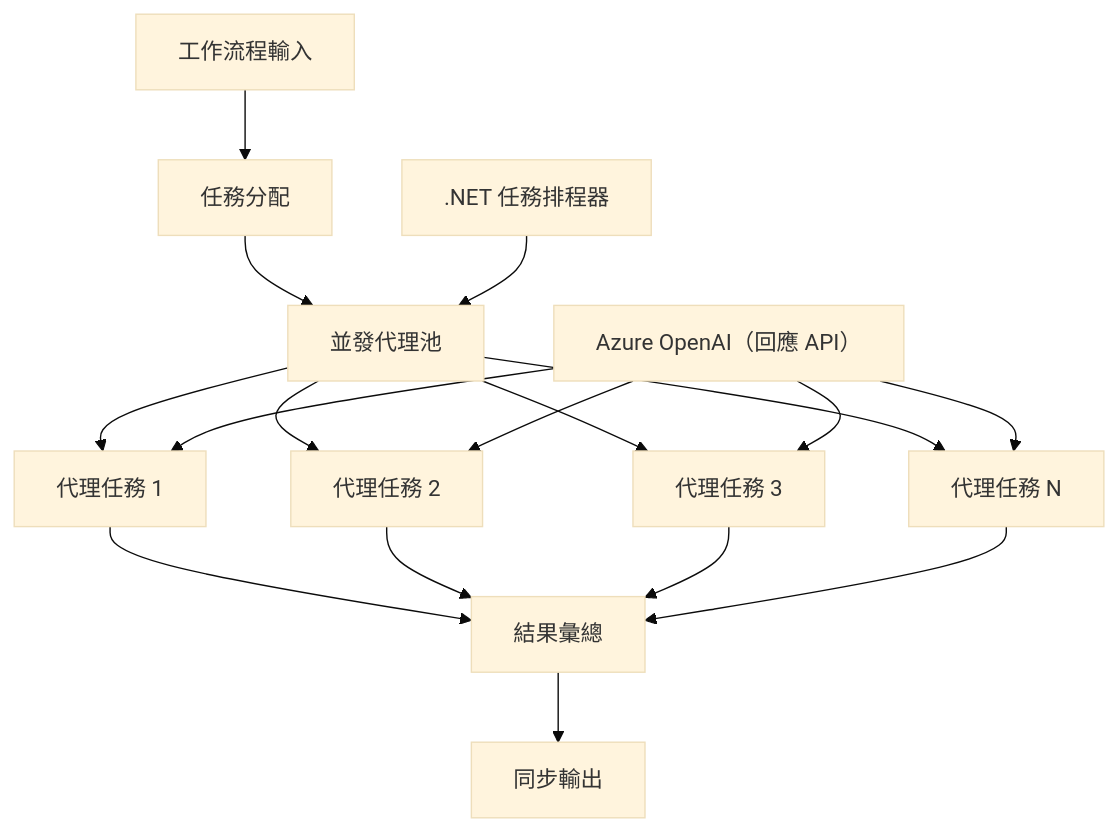
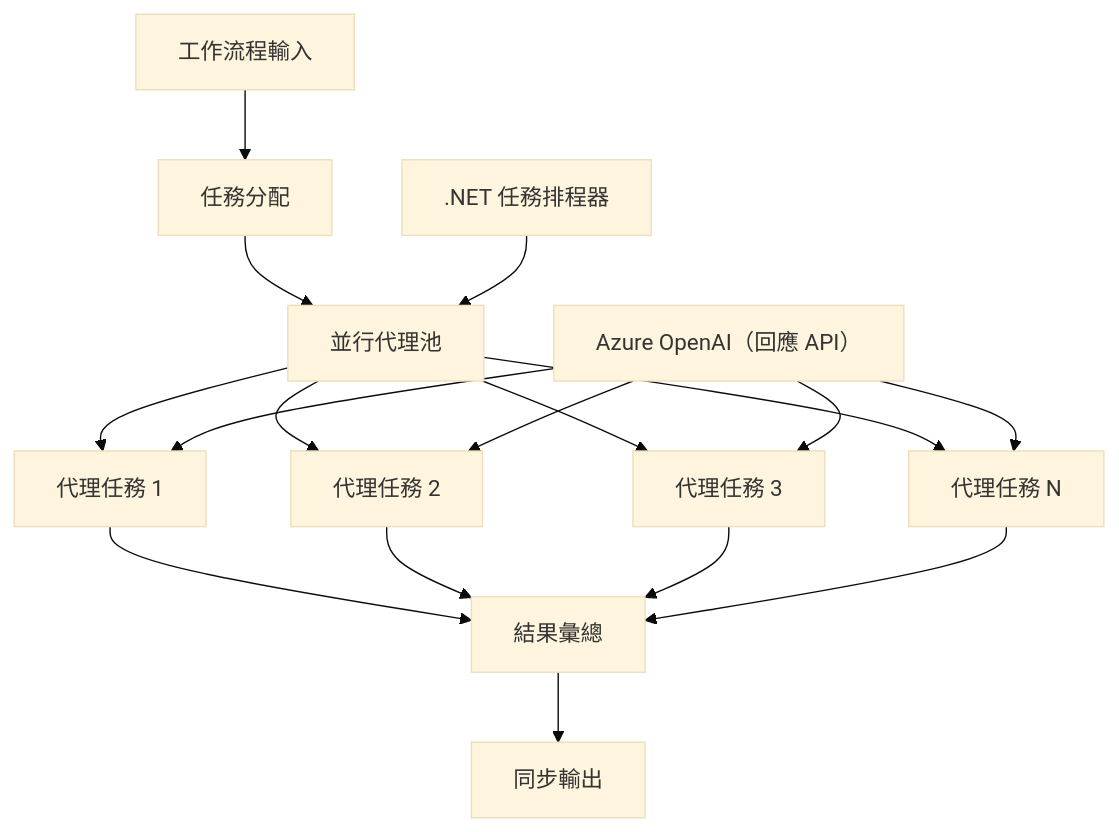
Before and after one commit to venturemavenwill/azureaifundamentals: the diagram in translations/zh-HK/08-multi-agent/code_samples/workflows-agent-framework/dotNET/03.dotnet-agent-framework-workflow-ghmodel-concurrent.md, drawn with Mermaid (base theme). The commit also changed other lines of this file and 263 other files, not shown here.

````diff
--- a/translations/zh-HK/08-multi-agent/code_samples/workflows-agent-framework/dotNET/03.dotnet-agent-framework-workflow-ghmodel-concurrent.md
+++ b/translations/zh-HK/08-multi-agent/code_samples/workflows-agent-framework/dotNET/03.dotnet-agent-framework-workflow-ghmodel-concurrent.md
@@ -69,23 +69,23 @@
 ```mermaid
 graph TD
     A[工作流程輸入] --> B[任務分配]
-    B --> C[並發代理池]
+    B --> C[並行代理池]
     C --> D[代理任務 1]
     C --> E[代理任務 2]
     C --> F[代理任務 3]
     C --> G[代理任務 N]
     
     D --> H[結果彙總]
     E --> H
     F --> H
     G --> H
     
     H --> I[同步輸出]
     
     J[Azure OpenAI（回應 API）] --> D
     J --> E
     J --> F
     J --> G
     
     K[.NET 任務排程器] --> C
 ```
````
